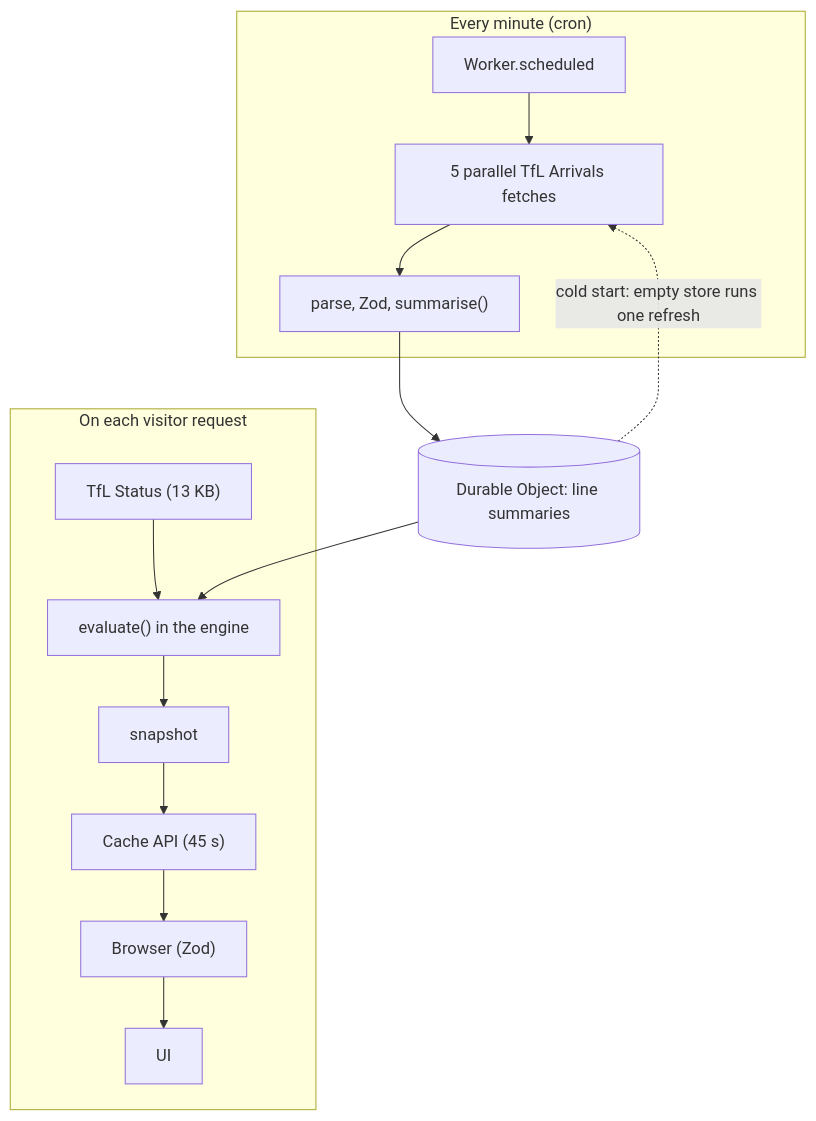
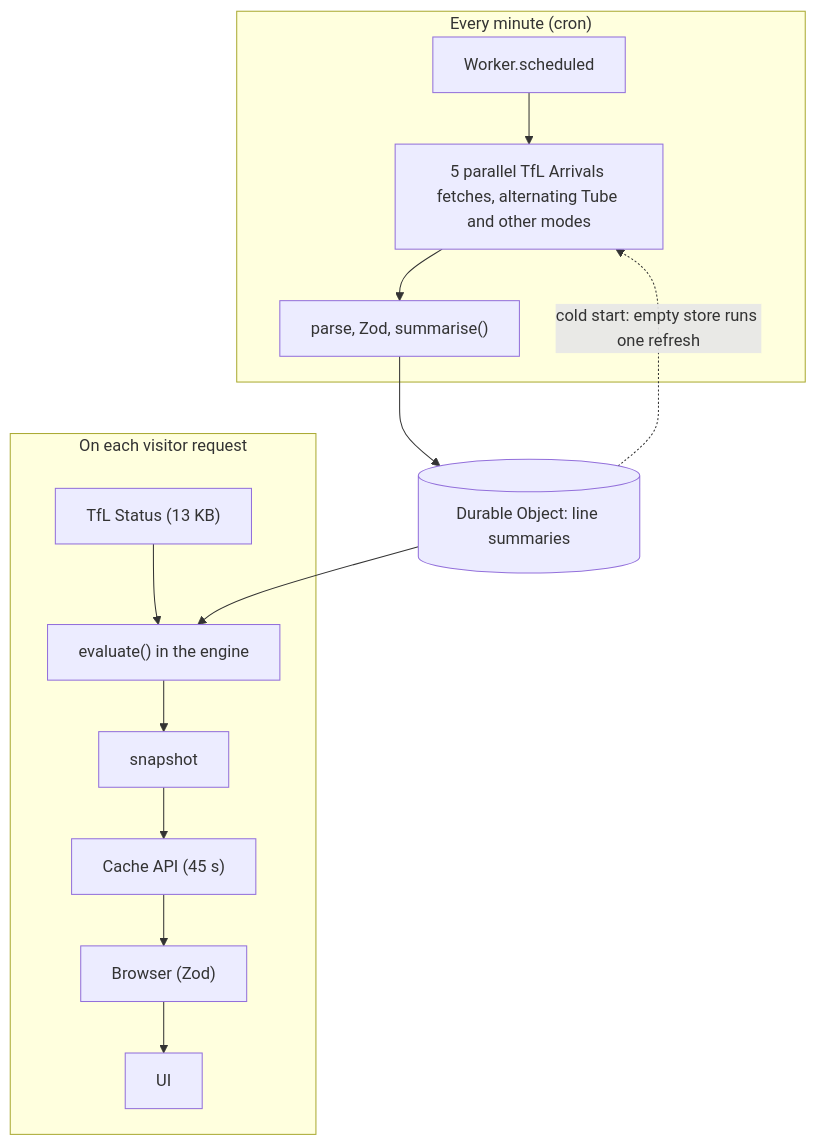
Before and after one commit to oyedokunken/drift: the diagram in README.md, drawn with Mermaid. The commit also changed other lines of this file and 4 other files, not shown here.

Commit message:
docs: add what changed, the 0.2.0 changelog, the architecture of the new modes and bus path, and the prompt log

````diff
--- a/README.md
+++ b/README.md
@@ -39,19 +61,19 @@
 ```mermaid
 flowchart TB
   subgraph cron["Every minute (cron)"]
-    sched["Worker.scheduled"] --> arrivals["5 parallel TfL Arrivals fetches"]
+    sched["Worker.scheduled"] --> arrivals["5 parallel TfL Arrivals fetches, alternating Tube and other modes"]
     arrivals --> parse["parse, Zod, summarise()"]
   end
 
   subgraph request["On each visitor request"]
     status["TfL Status (13 KB)"] --> evaluate["evaluate() in the engine"]
     evaluate --> snapshot["snapshot"]
     snapshot --> cache["Cache API (45 s)"]
     cache --> browser["Browser (Zod)"]
     browser --> ui["UI"]
   end
 
   parse --> store[("Durable Object: line summaries")]
   store --> evaluate
   store -. "cold start: empty store runs one refresh" .-> arrivals
 ```
````
